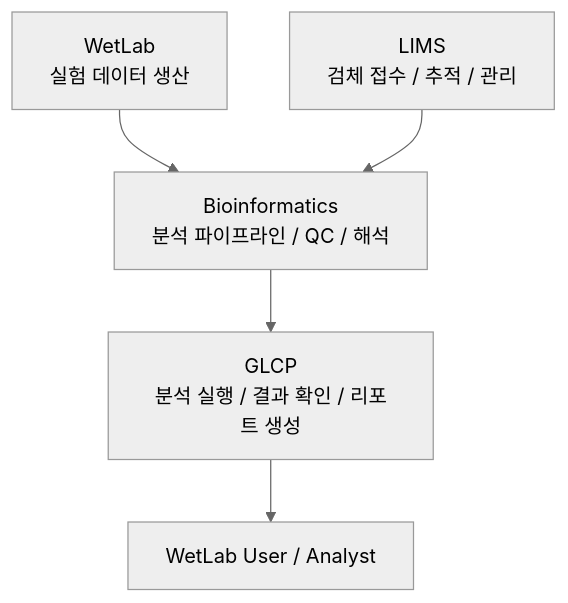
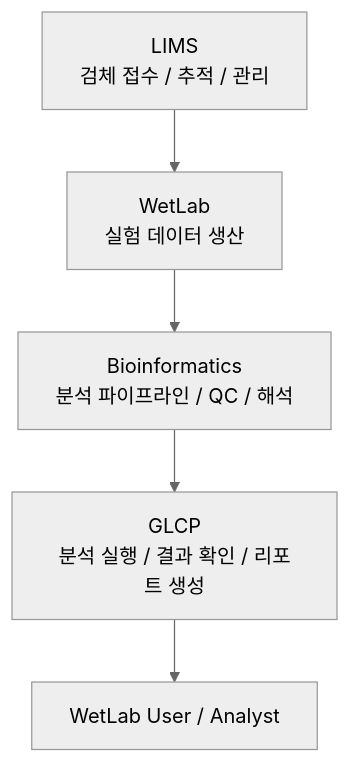
One commit to bi-platform/.github changed the diagram in profile/README.md. Above: the diagram before and after it, drawn with Mermaid (neutral theme). The commit also changed other lines of this file, not shown here.

````diff
--- a/profile/README.md
+++ b/profile/README.md
@@ -45,13 +12,13 @@
 ```mermaid
 flowchart TD
-    A[WetLab<br/>실험 데이터 생산]
-    B[LIMS<br/>검체 접수 / 추적 / 관리]
+    A[LIMS<br/>검체 접수 / 추적 / 관리]
+    B[WetLab<br/>실험 데이터 생산]
     C[Bioinformatics<br/>분석 파이프라인 / QC / 해석]
     D[GLCP<br/>분석 실행 / 결과 확인 / 리포트 생성]
     E[WetLab User / Analyst]
 
-    A --> C
+    A --> B
     B --> C
     C --> D
     D --> E
 ```
````
